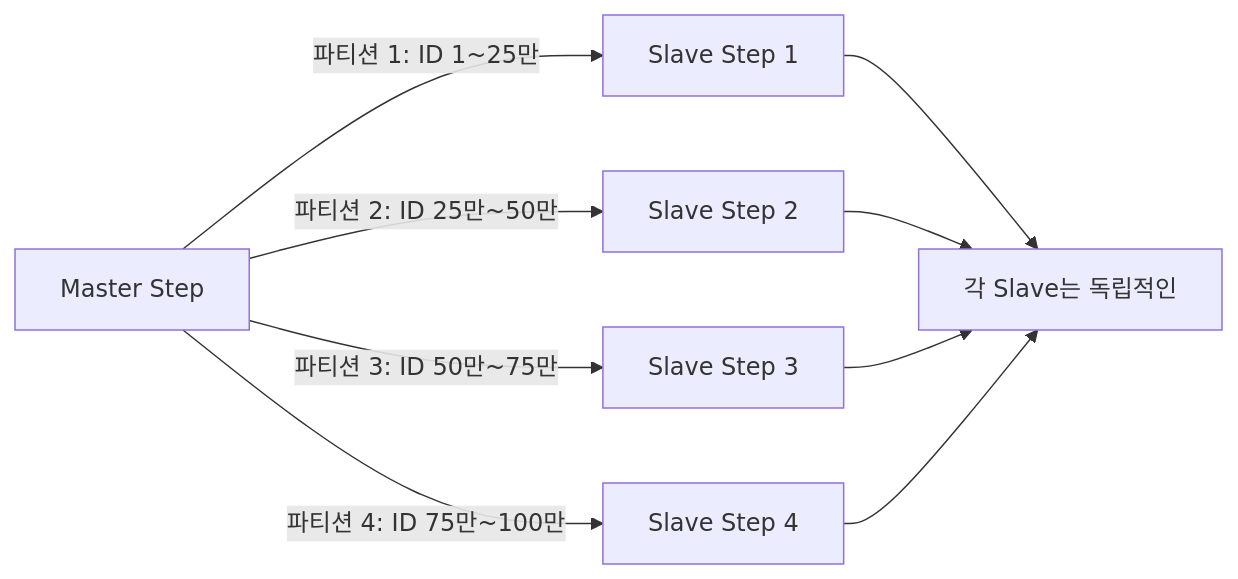
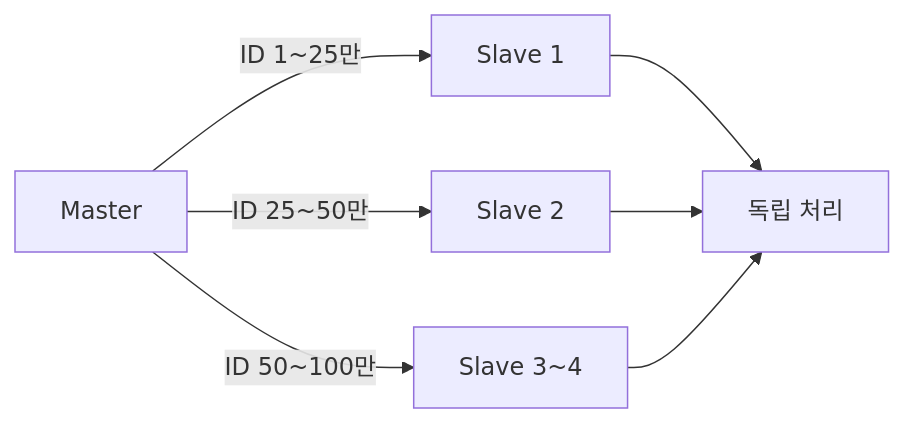
Before and after one commit to yjkim2015/yjkim2015.github.io: the third of 6 diagrams in _posts/batch/2026-05-03-spring-batch-partitioning.md, drawn with Mermaid. The commit also changed other lines of this file and 163 other files, not shown here.

First line of the commit message:
Mermaid 300개 블록 내용 축소: 5노드 5엣지 이하, 의미 있는 약어

````diff
--- a/_posts/batch/2026-05-03-spring-batch-partitioning.md
+++ b/_posts/batch/2026-05-03-spring-batch-partitioning.md
@@ -173,11 +168,7 @@
 ```mermaid
-flowchart LR
-    A["Master Step"] -->|"파티션 1: ID 1~25만"| B["Slave Step 1"]
-    A -->|"파티션 2: ID 25만~50만"| C["Slave Step 2"]
-    A -->|"파티션 3: ID 50만~75만"| D["Slave Step 3"]
-    A -->|"파티션 4: ID 75만~100만"| E["Slave Step 4"]
-    B --> F["각 Slave는 독립적인"]
-    C --> F
-    D --> F
-    E --> F
+graph LR
+    A["Master"] -->|"ID 1~25만"| B["Slave 1"]
+    A -->|"ID 25~50만"| C["Slave 2"]
+    A -->|"ID 50~100만"| D["Slave 3~4"]
+    B & C & D --> F["독립 처리"]
 ```
````
